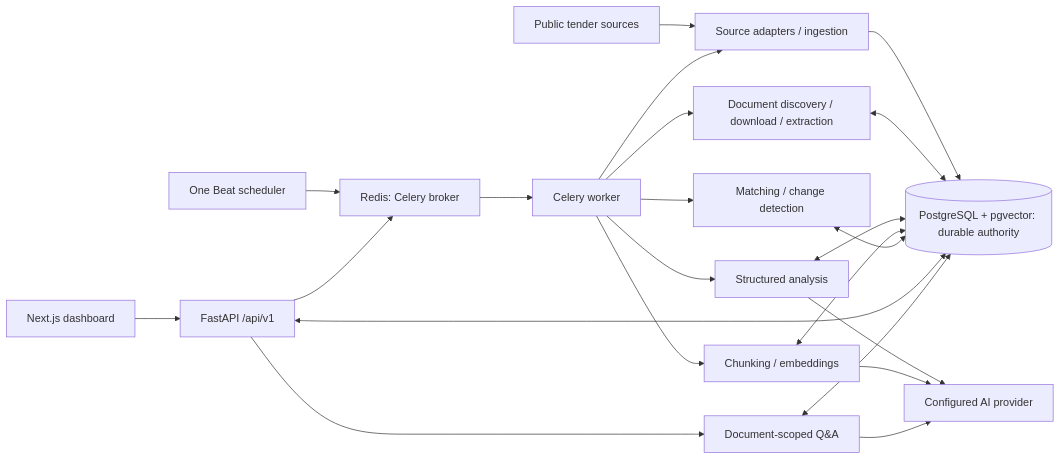
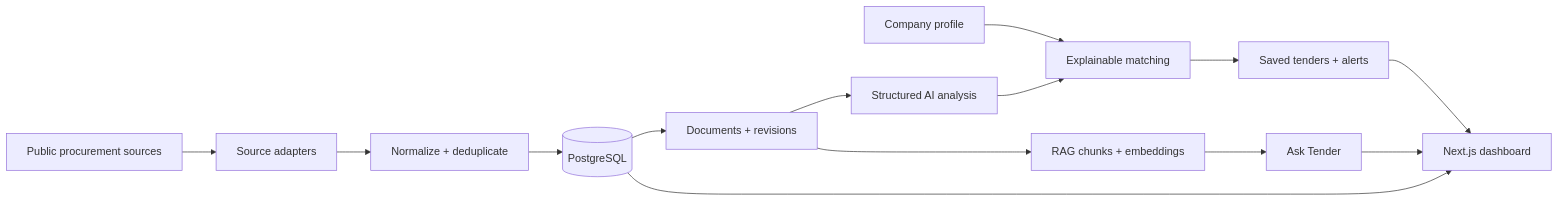
The diagram in README.md (awais-ai-engineer/Tenderscout-Ai), drawn with Mermaid before and after one commit. The commit also changed other lines of this file, not shown here.

Commit message:
docs: refresh TenderScout README

````diff
--- a/README.md
+++ b/README.md
@@ -1298,24 +30,16 @@
 ```mermaid
 flowchart LR
-    Sources[Public tender sources] --> Ingest[Source adapters / ingestion]
-    Redis[Redis: Celery broker] --> Worker[Celery worker]
-    Beat[One Beat scheduler] --> Redis
-    Worker --> Ingest
-    Worker --> Documents[Document discovery / download / extraction]
-    Worker --> Analysis[Structured analysis]
-    Worker --> Index[Chunking / embeddings]
-    Worker --> Compare[Matching / change detection]
-    Ingest --> DB[(PostgreSQL + pgvector: durable authority)]
-    Documents <--> DB
-    Analysis <--> DB
-    Index <--> DB
-    Compare <--> DB
-    UI[Next.js dashboard] --> API[FastAPI /api/v1]
-    API <--> DB
-    API --> Redis
-    API --> QA[Document-scoped Q&A]
-    QA <--> DB
-    Analysis --> Provider[Configured AI provider]
-    Index --> Provider
-    QA --> Provider
+    A[Public procurement sources] --> B[Source adapters]
+    B --> C[Normalize + deduplicate]
+    C --> D[(PostgreSQL)]
+    D --> E[Documents + revisions]
+    E --> F[Structured AI analysis]
+    E --> G[RAG chunks + embeddings]
+    H[Company profile] --> I[Explainable matching]
+    F --> I
+    I --> J[Saved tenders + alerts]
+    G --> K[Ask Tender]
+    J --> L[Next.js dashboard]
+    K --> L
+    D --> L
 ```
````
